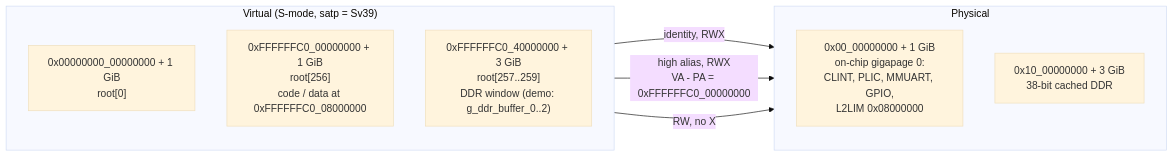
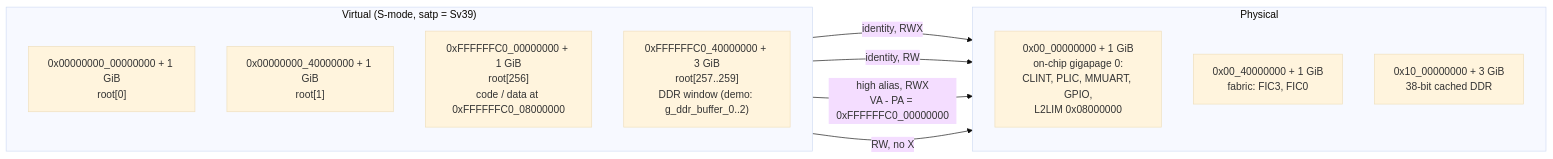
One commit to InuyashaITB/mpfs-freertos-smode changed the eighth of 12 diagrams in docs/boot-to-smode.md. Above: the diagram before and after it, drawn with Mermaid (base theme). The commit also changed other lines of this file and 20 other files, not shown here.

````diff
--- a/docs/boot-to-smode.md
+++ b/docs/boot-to-smode.md
@@ -313,17 +313,20 @@
 ```mermaid
 flowchart LR
     subgraph VA ["Virtual (S-mode, satp = Sv39)"]
         direction TB
         V0["0x00000000_00000000 + 1 GiB<br/>root[0]"]
+        VF["0x00000000_40000000 + 1 GiB<br/>root[1]"]
         V1["0xFFFFFFC0_00000000 + 1 GiB<br/>root[256]<br/>code / data at 0xFFFFFFC0_08000000"]
         V2["0xFFFFFFC0_40000000 + 3 GiB<br/>root[257..259]<br/>DDR window (demo: g_ddr_buffer_0..2)"]
     end
     subgraph PA ["Physical"]
         direction TB
         P0["0x00_00000000 + 1 GiB<br/>on-chip gigapage 0:<br/>CLINT, PLIC, MMUART, GPIO,<br/>L2LIM 0x08000000"]
+        PF["0x00_40000000 + 1 GiB<br/>fabric: FIC3, FIC0"]
         P2["0x10_00000000 + 3 GiB<br/>38-bit cached DDR"]
     end
     V0 -->|"identity, RWX"| P0
+    VF -->|"identity, RW"| PF
     V1 -->|"high alias, RWX<br/>VA - PA = 0xFFFFFFC0_00000000"| P0
     V2 -->|"RW, no X"| P2
 ```
````
